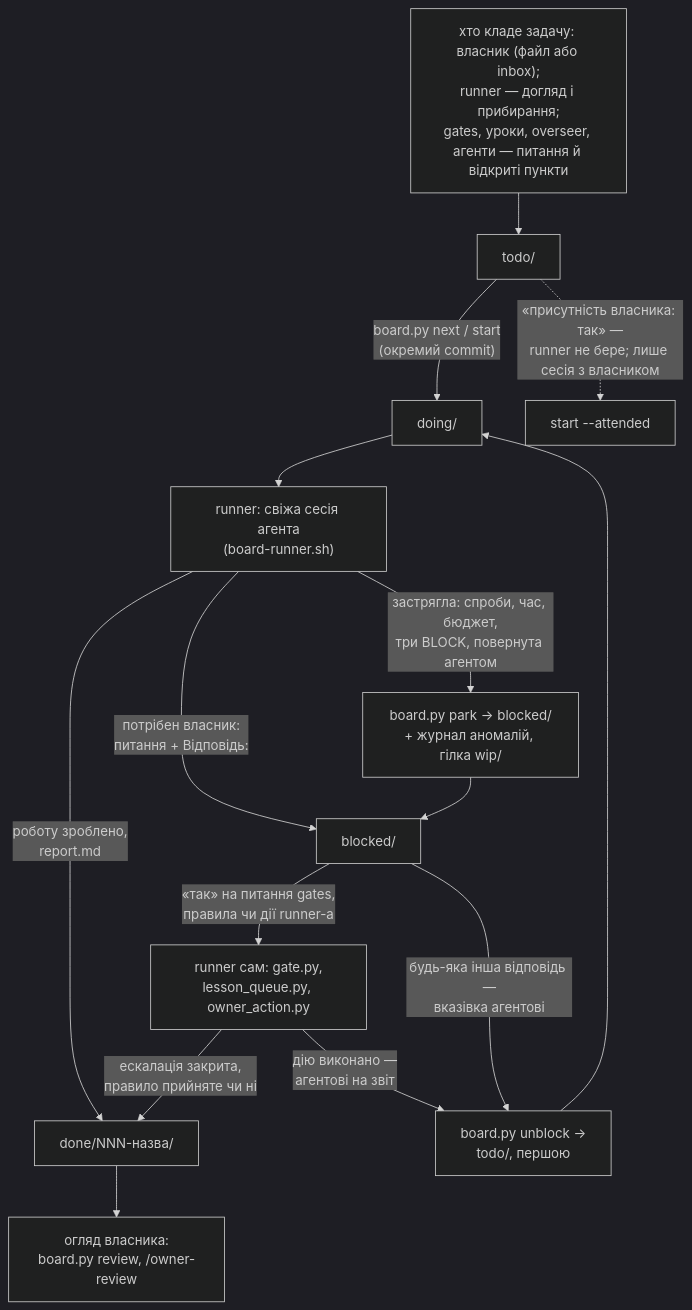
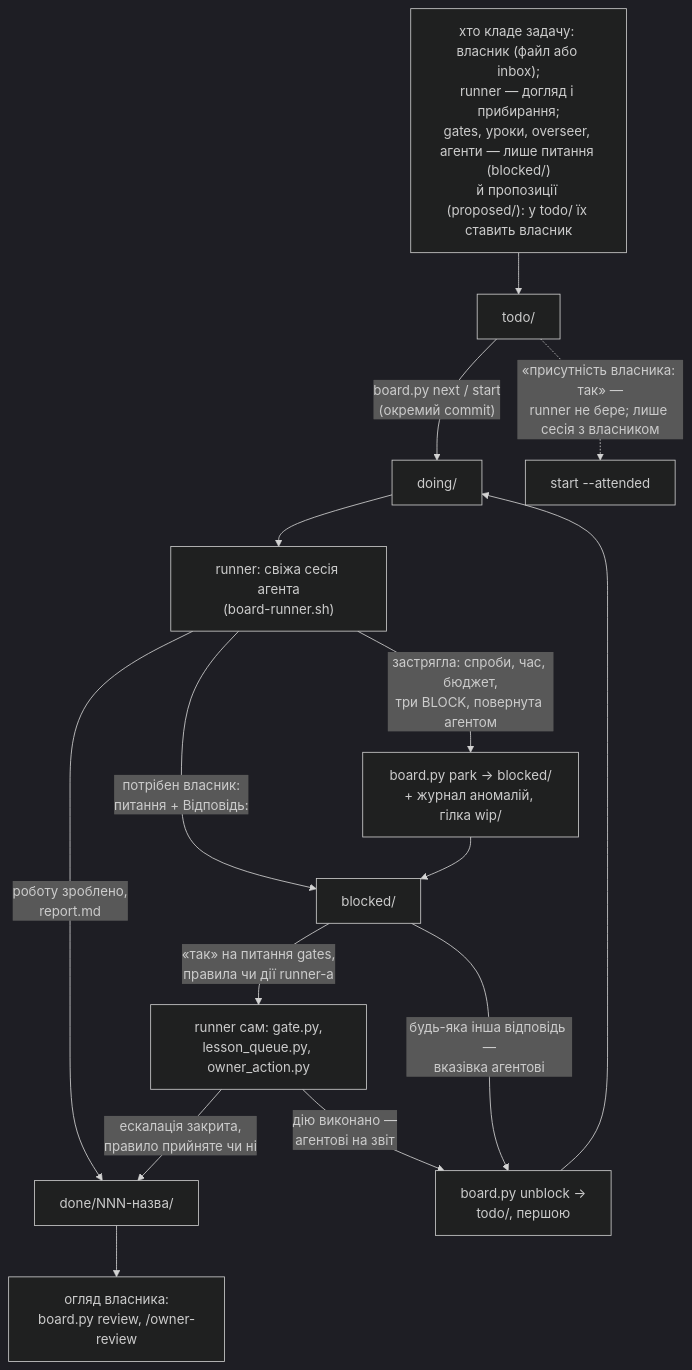
One commit to Tolkoton/claude-cli-config changed the second of 3 diagrams in docs/ARCHITECTURE.md. Above: the diagram before and after it, drawn with Mermaid (dark theme). The commit also changed 47 other files, not shown here.

````diff
--- a/docs/ARCHITECTURE.md
+++ b/docs/ARCHITECTURE.md
@@ -83,17 +83,17 @@
 ```mermaid
 flowchart TD
-    src["хто кладе задачу: власник (файл або inbox);<br/>runner — догляд і прибирання;<br/>gates, уроки, overseer, агенти — питання й відкриті пункти"] --> todo["todo/"]
+    src["хто кладе задачу: власник (файл або inbox);<br/>runner — догляд і прибирання;<br/>gates, уроки, overseer, агенти — лише питання (blocked/)<br/>й пропозиції (proposed/): у todo/ їх ставить власник"] --> todo["todo/"]
     todo -->|"board.py next / start<br/>(окремий commit)"| doing["doing/"]
     todo -.->|"«присутність власника: так» —<br/>runner не бере; лише сесія з власником"| attended["start --attended"]
     doing --> agent["runner: свіжа сесія агента<br/>(board-runner.sh)"]
     agent -->|"роботу зроблено,<br/>report.md"| done["done/NNN-назва/"]
     agent -->|"потрібен власник:<br/>питання + Відповідь:"| blocked["blocked/"]
     agent -->|"застрягла: спроби, час, бюджет,<br/>три BLOCK, повернута агентом"| park["board.py park → blocked/<br/>+ журнал аномалій, гілка wip/"]
     park --> blocked
     blocked -->|"«так» на питання gates,<br/>правила чи дії runner-а"| runner["runner сам: gate.py,<br/>lesson_queue.py, owner_action.py"]
     runner -->|"ескалація закрита,<br/>правило прийняте чи ні"| done
     runner -->|"дію виконано —<br/>агентові на звіт"| first
     blocked -->|"будь-яка інша відповідь —<br/>вказівка агентові"| first["board.py unblock →<br/>todo/, першою"]
     first --> doing
     done --> review["огляд власника:<br/>board.py review, /owner-review"]
 ```
````
